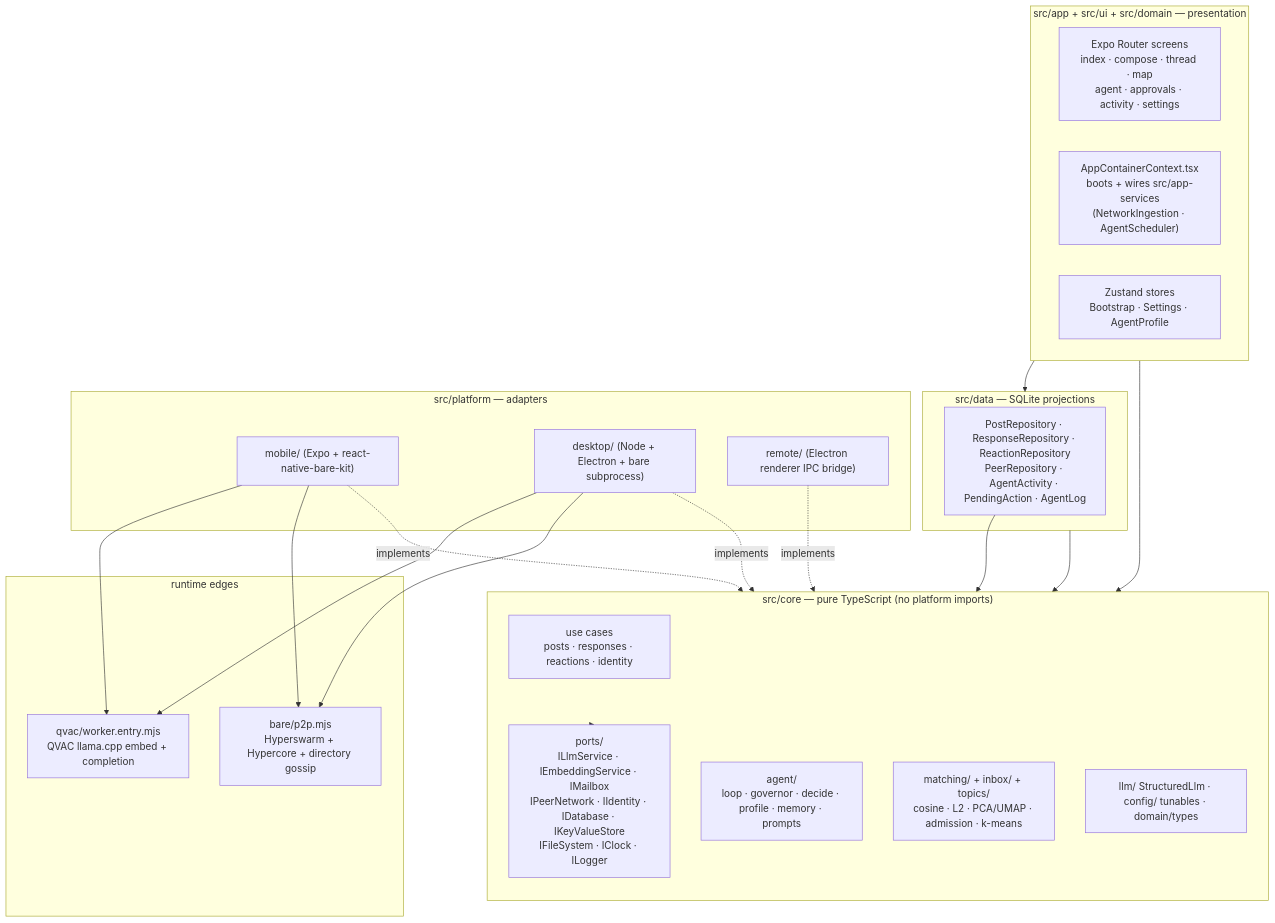
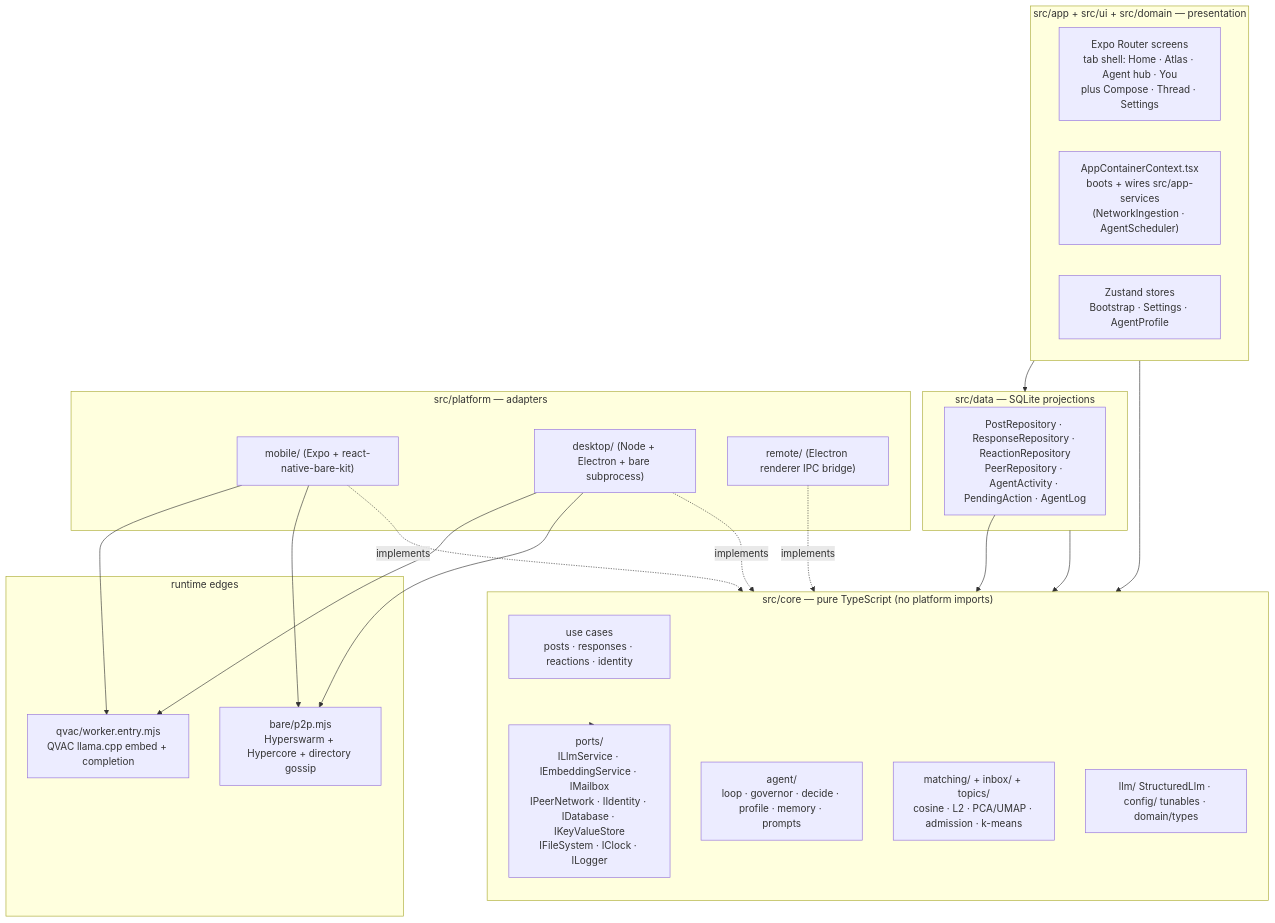
Before and after one commit to Helldez/Resonance: the second of 10 diagrams in docs/DIAGRAMS.md, drawn with Mermaid. The commit also changed other lines of this file and 13 other files, not shown here.

````diff
--- a/docs/DIAGRAMS.md
+++ b/docs/DIAGRAMS.md
@@ -20,45 +46,45 @@
 ```mermaid
 flowchart TB
     subgraph UI["src/app + src/ui + src/domain — presentation"]
-        A1["Expo Router screens<br/>index · compose · thread · map<br/>agent · approvals · activity · settings"]
+        A1["Expo Router screens<br/>tab shell: Home · Atlas · Agent hub · You<br/>plus Compose · Thread · Settings"]
         A2["AppContainerContext.tsx<br/>boots + wires src/app-services<br/>(NetworkIngestion · AgentScheduler)"]
         A3["Zustand stores<br/>Bootstrap · Settings · AgentProfile"]
     end
 
     subgraph CORE["src/core — pure TypeScript (no platform imports)"]
         direction TB
         C1["use cases<br/>posts · responses · reactions · identity"]
         C2["agent/<br/>loop · governor · decide · profile · memory · prompts"]
         C3["matching/ + inbox/ + topics/<br/>cosine · L2 · PCA/UMAP · admission · k-means"]
         C4["llm/ StructuredLlm · config/ tunables · domain/types"]
         P["ports/<br/>ILlmService · IEmbeddingService · IMailbox<br/>IPeerNetwork · IIdentity · IDatabase · IKeyValueStore<br/>IFileSystem · IClock · ILogger"]
     end
 
     subgraph DATA["src/data — SQLite projections"]
         D1["PostRepository · ResponseRepository · ReactionRepository<br/>PeerRepository · AgentActivity · PendingAction · AgentLog"]
     end
 
     subgraph PLAT["src/platform — adapters"]
         M["mobile/ (Expo + react-native-bare-kit)"]
         K["desktop/ (Node + Electron + bare subprocess)"]
         R["remote/ (Electron renderer IPC bridge)"]
     end
 
     subgraph EDGE["runtime edges"]
         W["qvac/worker.entry.mjs<br/>QVAC llama.cpp embed + completion"]
         B["bare/p2p.mjs<br/>Hyperswarm + Hypercore + directory gossip"]
     end
 
     UI --> CORE
     UI --> DATA
     CORE --> P
     DATA --> P
     M -.implements.-> P
     K -.implements.-> P
     R -.implements.-> P
     M --> W
     M --> B
     K --> W
     K --> B
     D1 --> P
 ```
````
